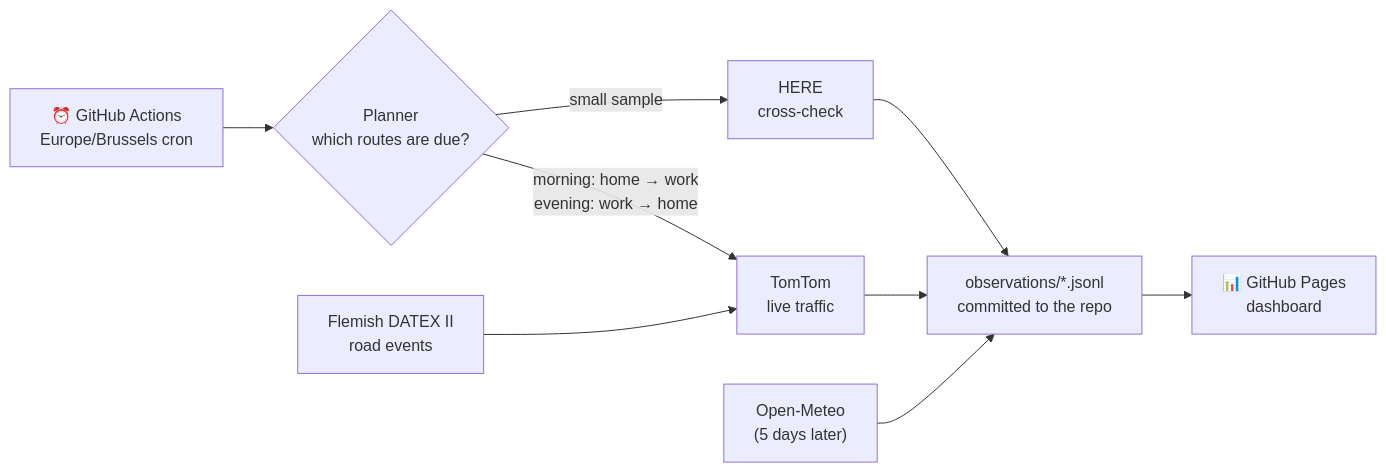
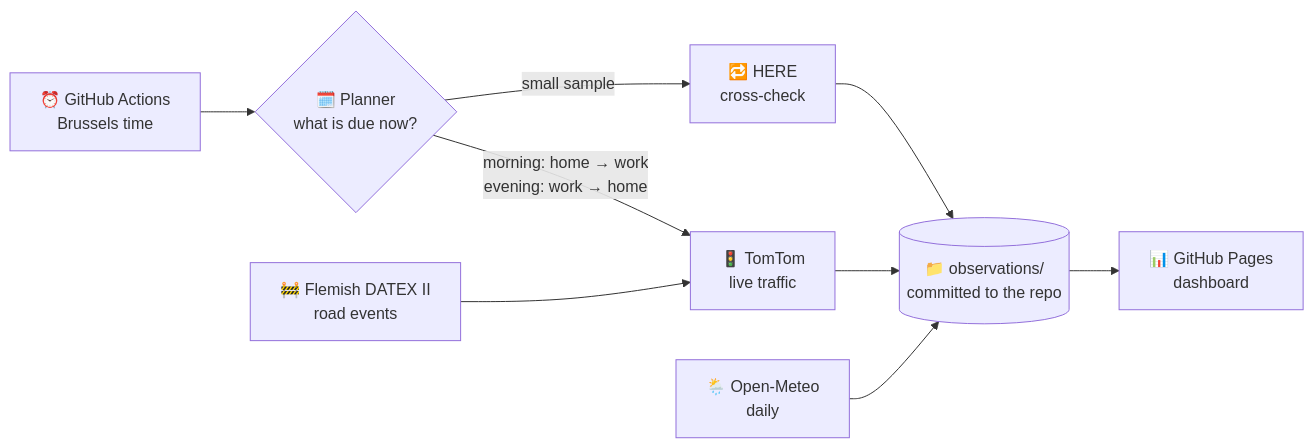
The second of 2 diagrams in README.md (kvandebeek/travelsmart), drawn with Mermaid before and after one commit. The commit also changed other lines of this file and 14 other files, not shown here.

````diff
--- a/README.md
+++ b/README.md
@@ -41,10 +70,10 @@
 ```mermaid
 flowchart LR
-    A["⏰ GitHub Actions<br/>Europe/Brussels cron"] --> B{"Planner<br/>which routes are due?"}
-    B -->|"morning: home → work<br/>evening: work → home"| C["TomTom<br/>live traffic"]
-    B -->|small sample| E["HERE<br/>cross-check"]
-    C & E --> F["observations/*.jsonl<br/>committed to the repo"]
-    G["Open-Meteo<br/>(5 days later)"] --> F
-    H["Flemish DATEX II<br/>road events"] --> C
+    A["⏰ GitHub Actions<br/>Brussels time"] --> B{"🗓️ Planner<br/>what is due now?"}
+    B -->|"morning: home → work<br/>evening: work → home"| C["🚦 TomTom<br/>live traffic"]
+    B -->|small sample| E["🔁 HERE<br/>cross-check"]
+    H["🚧 Flemish DATEX II<br/>road events"] --> C
+    C & E --> F[("📁 observations/<br/>committed to the repo")]
+    G["🌦️ Open-Meteo<br/>daily"] --> F
     F --> I["📊 GitHub Pages<br/>dashboard"]
 ```
````
